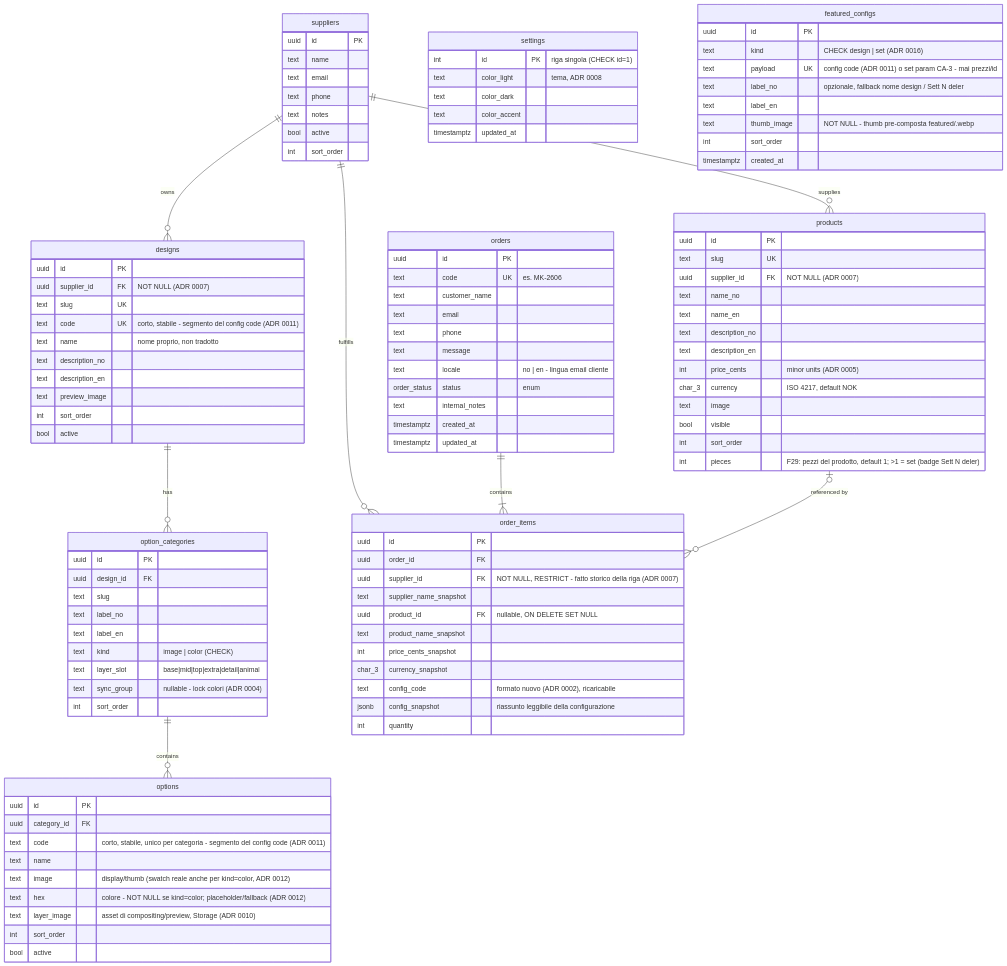
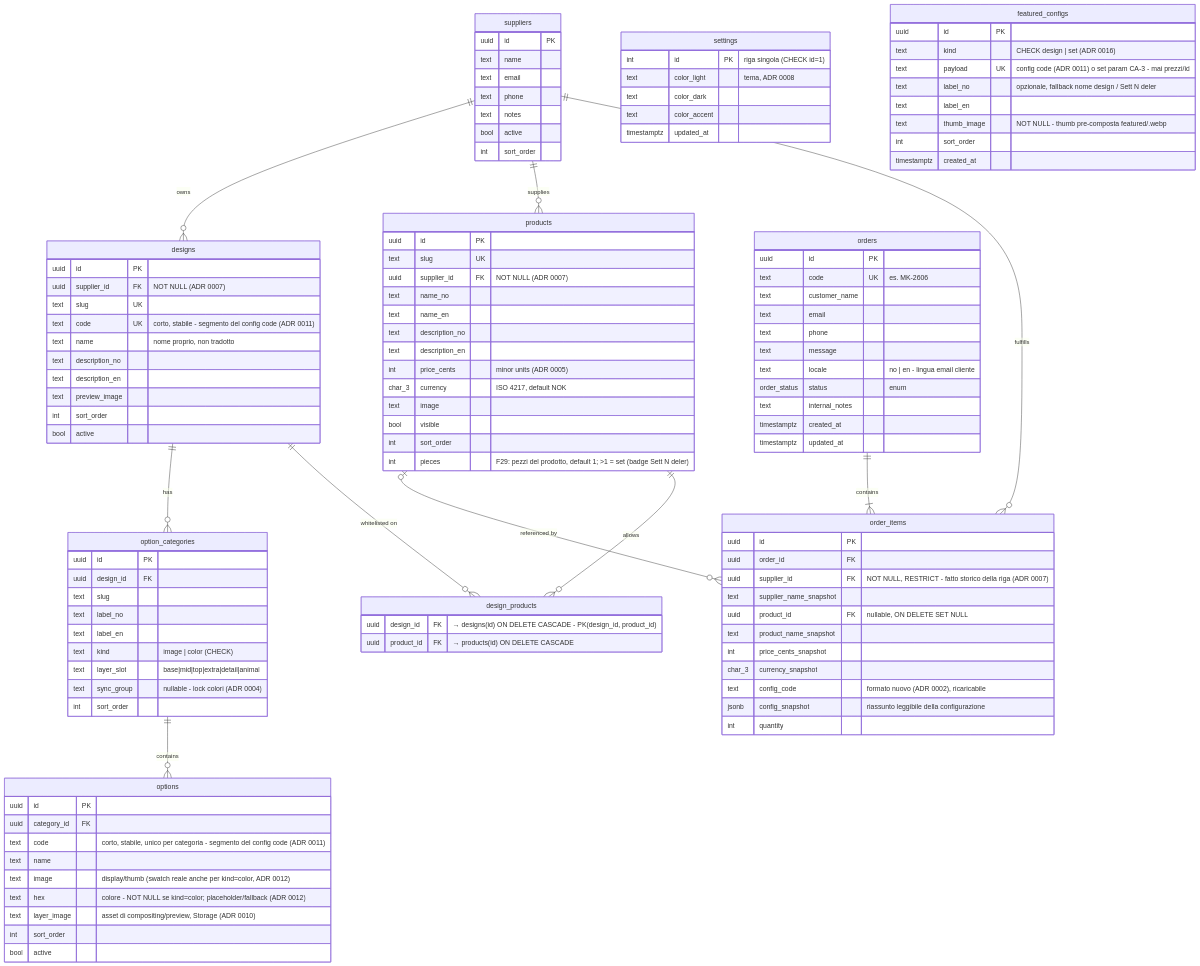
One commit to minkeramikk/minkeramikk changed the diagram in docs/adr/schema-er.md. Above: the diagram before and after it, drawn with Mermaid. The commit also changed other lines of this file and 2 other files, not shown here.

Commit message:
feat(f34): design_products migration (table, trigger, RPC, RLS) + types + schema-er

```diff
--- a/docs/adr/schema-er.md
+++ b/docs/adr/schema-er.md
@@ -15,6 +15,8 @@
     suppliers ||--o{ order_items : "fulfills"
     orders ||--|{ order_items : "contains"
     products o|--o{ order_items : "referenced by"
+    designs ||--o{ design_products : "whitelisted on"
+    products ||--o{ design_products : "allows"
 
     designs {
         uuid id PK
@@ -98,6 +100,11 @@
         int pieces "F29: pezzi del prodotto, default 1; >1 = set (badge Sett N deler)"
     }
 
+    design_products {
+        uuid design_id FK "→ designs(id) ON DELETE CASCADE - PK(design_id, product_id)"
+        uuid product_id FK "→ products(id) ON DELETE CASCADE"
+    }
+
     orders {
         uuid id PK
         text code UK "es. MK-2606"
```
